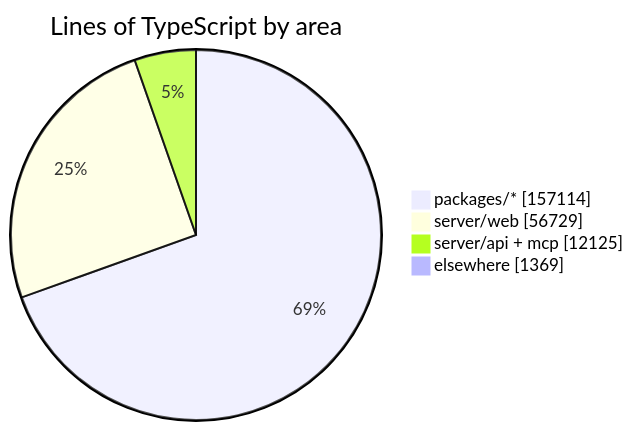
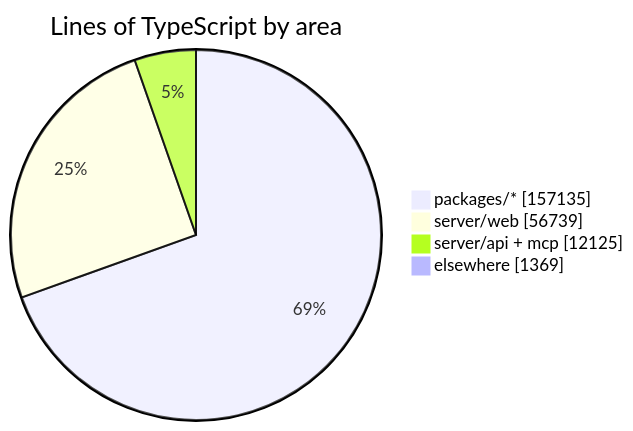
The diagram in README.md (crossworks-engineering/mantle), drawn with Mermaid before and after one commit. The commit also changed other lines of this file and 2 other files, not shown here.

````diff
--- a/README.md
+++ b/README.md
@@ -279,7 +279,7 @@
 ```mermaid
 pie showData title Lines of TypeScript by area
-    "packages/*" : 157114
-    "server/web" : 56729
+    "packages/*" : 157135
+    "server/web" : 56739
     "server/api + mcp" : 12125
     "elsewhere" : 1369
 ```
````
